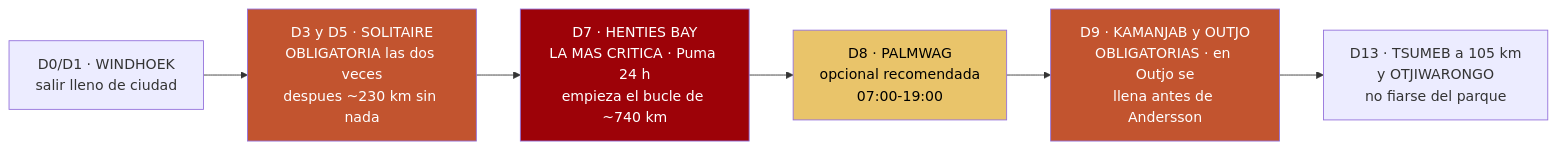
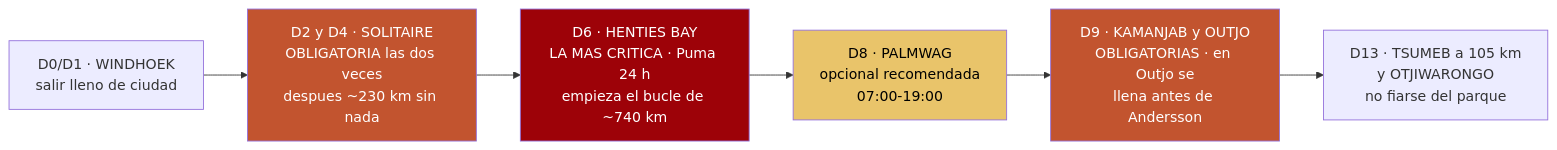
The fourth of 4 diagrams in 01-itinerarios-dia-a-dia.md (morandeirachema/namibia), drawn with Mermaid before and after one commit. The commit also changed other lines of this file and 44 other files, not shown here.

````diff
--- a/01-itinerarios-dia-a-dia.md
+++ b/01-itinerarios-dia-a-dia.md
@@ -651,13 +725,13 @@
 ```mermaid
 flowchart LR
 %% ancho
-    A["D0/D1 · WINDHOEK<br/>salir lleno de ciudad"] --> B["D3 y D5 · SOLITAIRE<br/>OBLIGATORIA las dos veces<br/>despues ~230 km sin nada"]
-    B --> C["D7 · HENTIES BAY<br/>LA MAS CRITICA · Puma 24 h<br/>empieza el bucle de ~740 km"]
+    A["D0/D1 · WINDHOEK<br/>salir lleno de ciudad"] --> B["D2 y D4 · SOLITAIRE<br/>OBLIGATORIA las dos veces<br/>despues ~230 km sin nada"]
+    B --> C["D6 · HENTIES BAY<br/>LA MAS CRITICA · Puma 24 h<br/>empieza el bucle de ~740 km"]
     C --> D["D8 · PALMWAG<br/>opcional recomendada<br/>07:00-19:00"]
     D --> E["D9 · KAMANJAB y OUTJO<br/>OBLIGATORIAS · en Outjo se<br/>llena antes de Andersson"]
     E --> F["D13 · TSUMEB a 105 km<br/>y OTJIWARONGO<br/>no fiarse del parque"]
     style C fill:#9d0208,color:#fff
     style B fill:#C2542F,color:#fff
     style E fill:#C2542F,color:#fff
     style D fill:#e9c46a,color:#000
 ```
````
